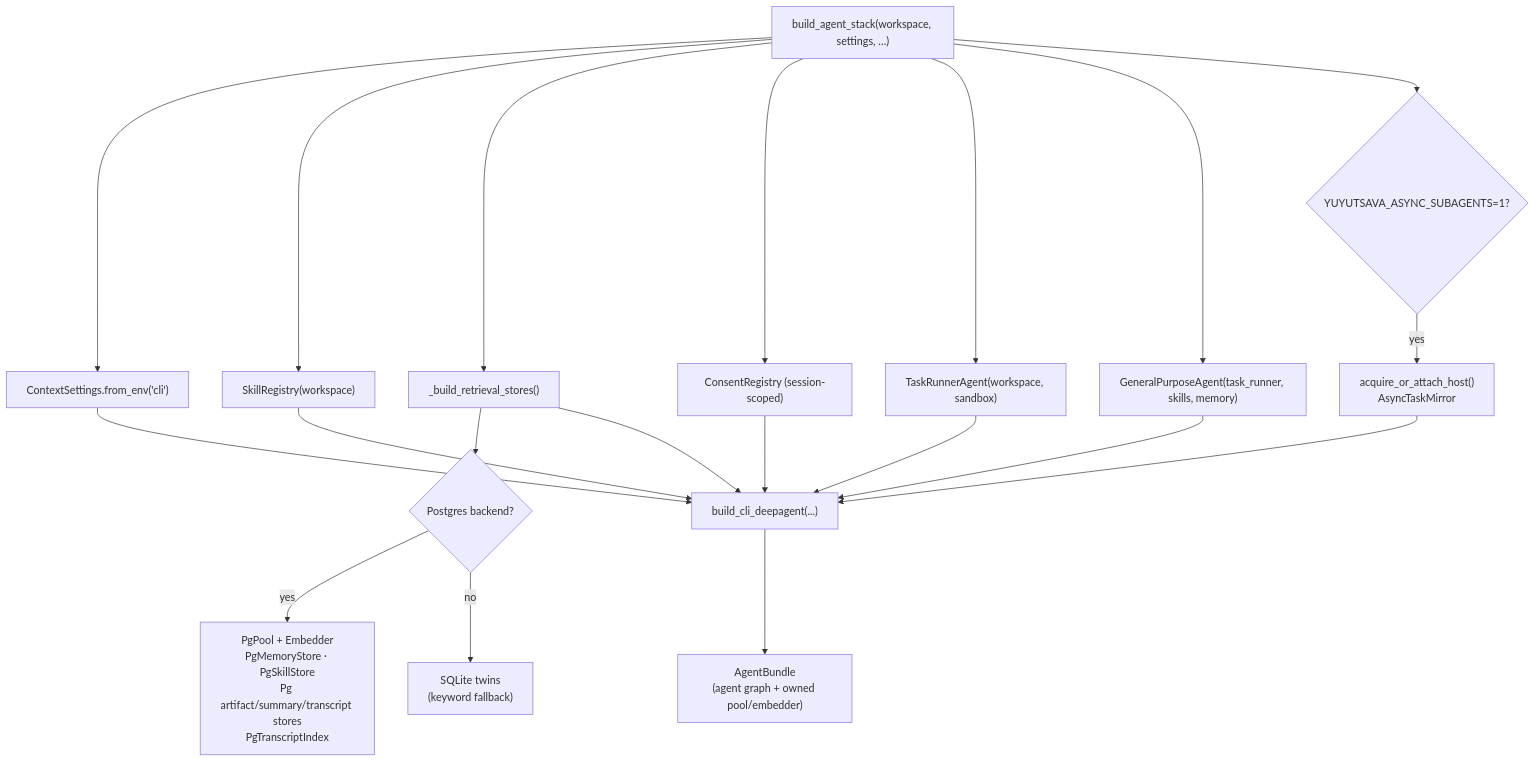
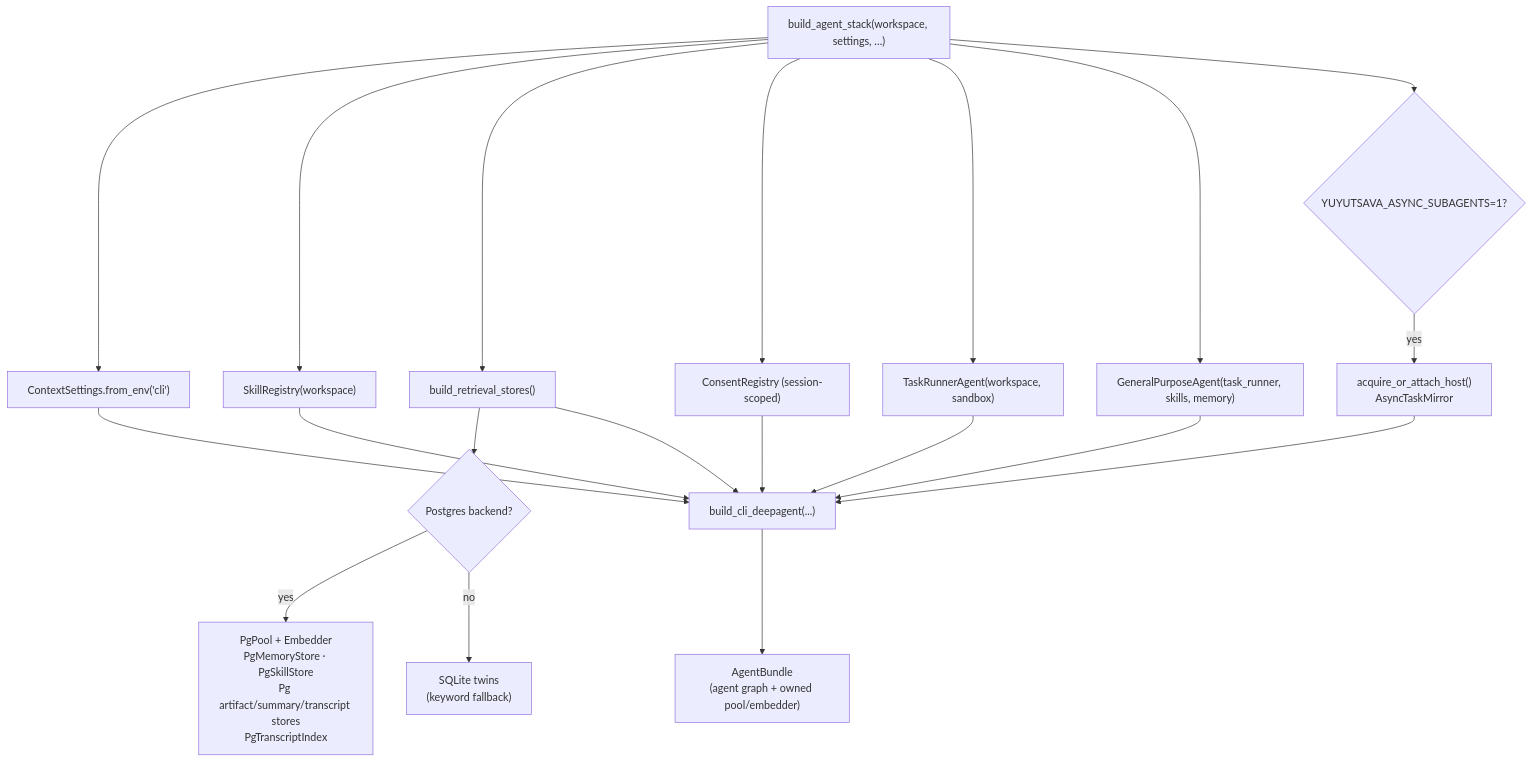
One commit to Abhinav210310453045/YUYUTSAVA-backend changed the second of 18 diagrams in docs/architecture/overview.md. Above: the diagram before and after it, drawn with Mermaid. The commit also changed 14 other files, not shown here.

````diff
--- a/docs/architecture/overview.md
+++ b/docs/architecture/overview.md
@@ -321,16 +321,16 @@
 ```mermaid
 flowchart TD
     A["build_agent_stack(workspace, settings, …)"] --> B["ContextSettings.from_env('cli')"]
     A --> C["SkillRegistry(workspace)"]
-    A --> D["_build_retrieval_stores()"]
+    A --> D["build_retrieval_stores()"]
     D --> D1{"Postgres backend?"}
     D1 -- yes --> D2["PgPool + Embedder<br/>PgMemoryStore · PgSkillStore<br/>Pg artifact/summary/transcript stores<br/>PgTranscriptIndex"]
     D1 -- no --> D3["SQLite twins<br/>(keyword fallback)"]
     A --> E["ConsentRegistry (session-scoped)"]
     A --> F["TaskRunnerAgent(workspace, sandbox)"]
     A --> G["GeneralPurposeAgent(task_runner, skills, memory)"]
     A --> H{"YUYUTSAVA_ASYNC_SUBAGENTS=1?"}
     H -- yes --> I["acquire_or_attach_host()<br/>AsyncTaskMirror"]
     B & C & D & E & F & G & I --> J["build_cli_deepagent(...)"]
     J --> K["AgentBundle<br/>(agent graph + owned pool/embedder)"]
 ```
````
